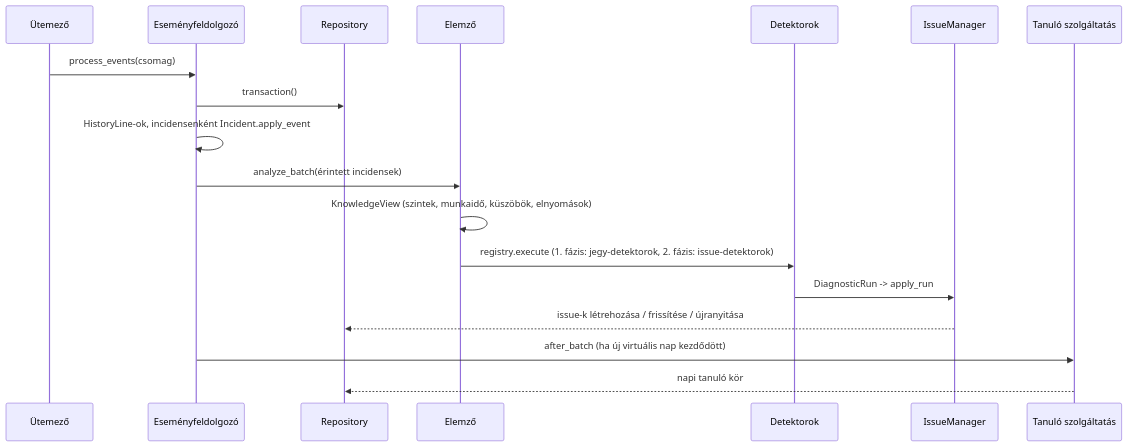
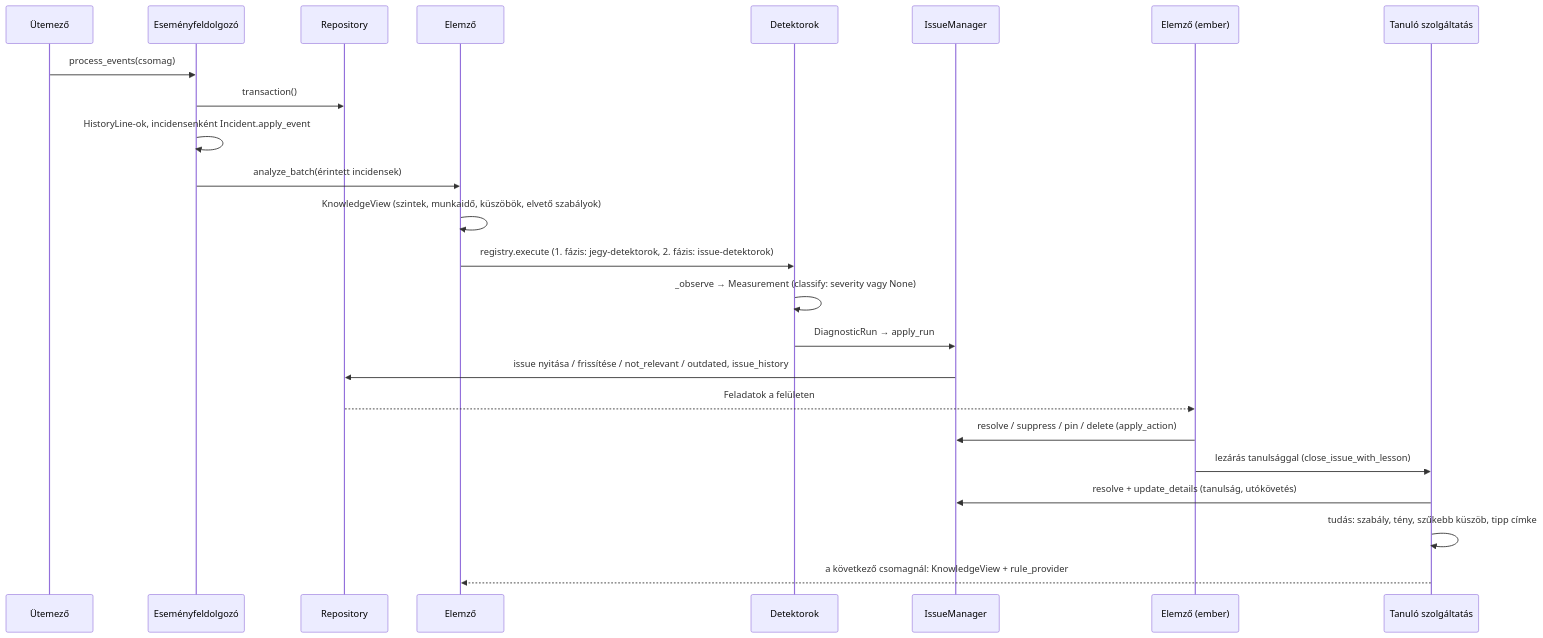
One commit to dinolany/szakdolgozat_ewuxa6 changed the second of 9 diagrams in docs/ARCHITECTURE.md. Above: the diagram before and after it, drawn with Mermaid. The commit also changed other lines of this file and 19 other files, not shown here.

````diff
--- a/docs/ARCHITECTURE.md
+++ b/docs/ARCHITECTURE.md
@@ -144,20 +149,26 @@
 ```mermaid
 sequenceDiagram
   participant S as Ütemező
   participant E as Eseményfeldolgozó
   participant R as Repository
   participant A as Elemző
   participant D as Detektorok
   participant I as IssueManager
+  participant U as Elemző (ember)
   participant T as Tanuló szolgáltatás
   S->>E: process_events(csomag)
   E->>R: transaction()
   E->>E: HistoryLine-ok, incidensenként Incident.apply_event
   E->>A: analyze_batch(érintett incidensek)
-  A->>A: KnowledgeView (szintek, munkaidő, küszöbök, elnyomások)
+  A->>A: KnowledgeView (szintek, munkaidő, küszöbök, elvető szabályok)
   A->>D: registry.execute (1. fázis: jegy-detektorok, 2. fázis: issue-detektorok)
-  D->>I: DiagnosticRun -> apply_run
-  I-->>R: issue-k létrehozása / frissítése / újranyitása
-  E->>T: after_batch (ha új virtuális nap kezdődött)
-  T-->>R: napi tanuló kör
+  D->>D: _observe → Measurement (classify: severity vagy None)
+  D->>I: DiagnosticRun → apply_run
+  I->>R: issue nyitása / frissítése / not_relevant / outdated, issue_history
+  R-->>U: Feladatok a felületen
+  U->>I: resolve / suppress / pin / delete (apply_action)
+  U->>T: lezárás tanulsággal (close_issue_with_lesson)
+  T->>I: resolve + update_details (tanulság, utókövetés)
+  T->>T: tudás: szabály, tény, szűkebb küszöb, tipp címke
+  T-->>A: a következő csomagnál: KnowledgeView + rule_provider
 ```
````
